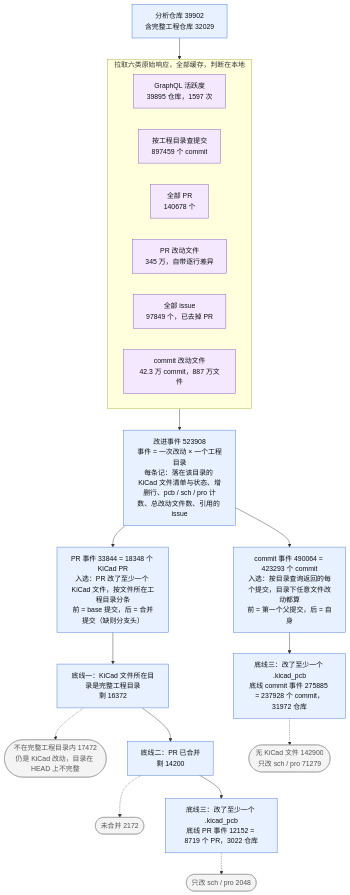
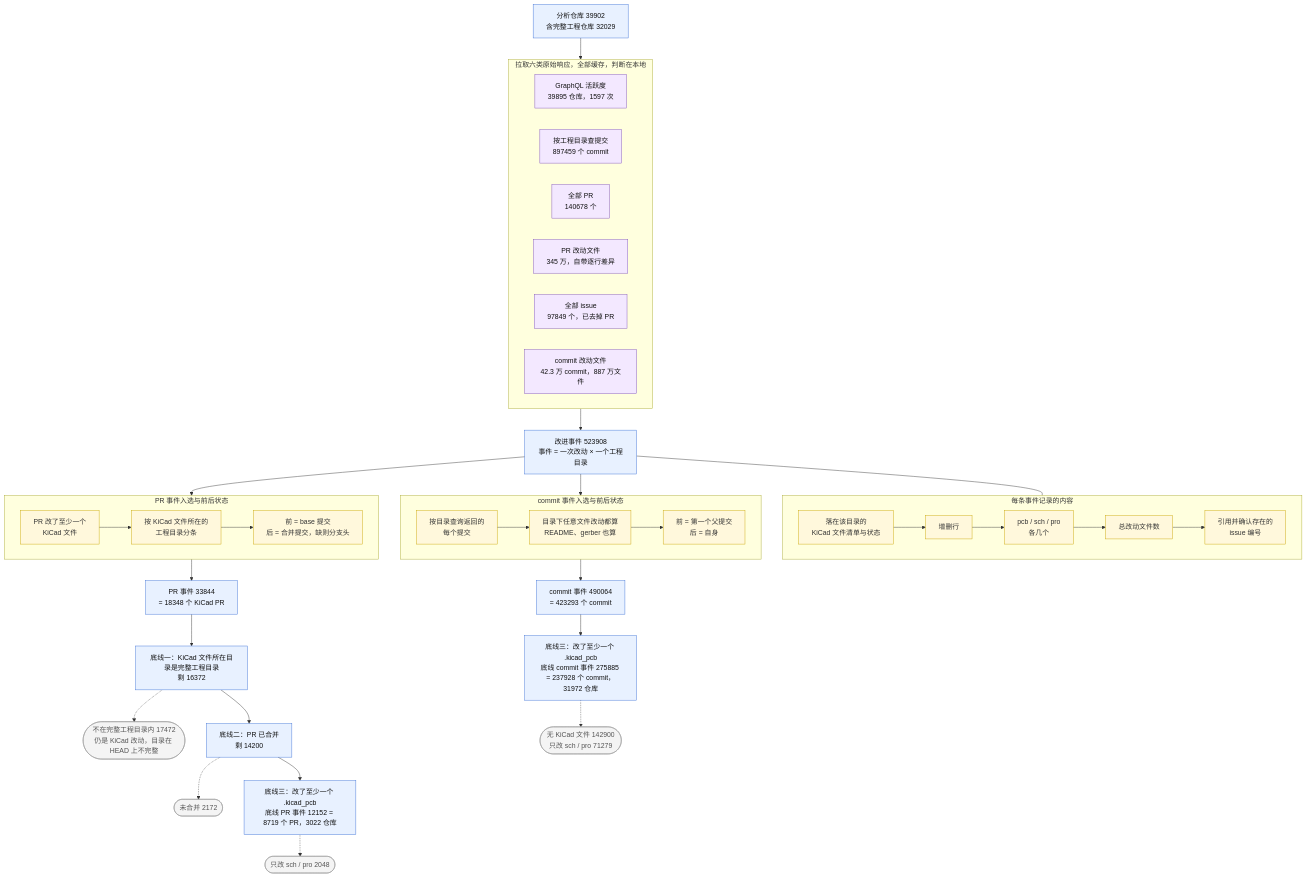
The third of 5 diagrams in reports/progress_report.md (Xiafyjck/github_kicad_project_scout), drawn with Mermaid before and after one commit. The commit also changed other lines of this file, not shown here.

Commit message:
reports: rule boxes laid out horizontally in figures 1 to 3

````diff
--- a/reports/progress_report.md
+++ b/reports/progress_report.md
@@ -167,32 +176,45 @@
 ```mermaid
 flowchart TB
     classDef exit fill:#f4f4f4,stroke:#999,color:#555
     classDef keep fill:#e8f1ff,stroke:#3b6fd6,color:#111
     classDef src fill:#f3e8ff,stroke:#7c4dbd,color:#111
     classDef rule fill:#fff8dc,stroke:#c9a400,color:#333
 
     Q[分析仓库 39902<br/>含完整工程仓库 32029]:::keep
     subgraph H[拉取六类原始响应，全部缓存，判断在本地]
         direction LR
         H0[GraphQL 活跃度<br/>39895 仓库，1597 次]:::src
         H1[按工程目录查提交<br/>897459 个 commit]:::src
         H2[全部 PR<br/>140678 个]:::src
         H3[PR 改动文件<br/>345 万，自带逐行差异]:::src
         H4[全部 issue<br/>97849 个，已去掉 PR]:::src
         H5[commit 改动文件<br/>42.3 万 commit，887 万文件]:::src
     end
     Q --> H
-    H --> E[改进事件 523908<br/>事件 = 一次改动 × 一个工程目录<br/>每条记：落在该目录的 KiCad 文件清单与状态、增删行、pcb / sch / pro 计数、总改动文件数、引用的 issue]:::keep
-    E --> P[PR 事件 33844 = 18348 个 KiCad PR<br/>入选：PR 改了至少一个 KiCad 文件，按文件所在工程目录分条<br/>前 = base 提交，后 = 合并提交（缺则分支头）]:::keep
-    E --> M[commit 事件 490064 = 423293 个 commit<br/>入选：按目录查询返回的每个提交，目录下任意文件改动都算<br/>前 = 第一个父提交，后 = 自身]:::keep
+    H --> E[改进事件 523908<br/>事件 = 一次改动 × 一个工程目录]:::keep
+    subgraph D[每条事件记录的内容]
+        direction LR
+        D1[落在该目录的<br/>KiCad 文件清单与状态]:::rule --> D2[增删行]:::rule --> D3[pcb / sch / pro<br/>各几个]:::rule --> D4[总改动文件数]:::rule --> D5[引用并确认存在的<br/>issue 编号]:::rule
+    end
+    E --- D
+    subgraph PR[PR 事件入选与前后状态]
+        direction LR
+        PR1[PR 改了至少一个<br/>KiCad 文件]:::rule --> PR2[按 KiCad 文件所在的<br/>工程目录分条]:::rule --> PR3[前 = base 提交<br/>后 = 合并提交，缺则分支头]:::rule
+    end
+    subgraph CM[commit 事件入选与前后状态]
+        direction LR
+        CM1[按目录查询返回的<br/>每个提交]:::rule --> CM2[目录下任意文件改动都算<br/>README、gerber 也算]:::rule --> CM3[前 = 第一个父提交<br/>后 = 自身]:::rule
+    end
+    E --> PR --> P[PR 事件 33844<br/>= 18348 个 KiCad PR]:::keep
+    E --> CM --> M[commit 事件 490064<br/>= 423293 个 commit]:::keep
 
     P --> P1[底线一：KiCad 文件所在目录是完整工程目录<br/>剩 16372]:::keep
     P1 -.-> PX1([不在完整工程目录内 17472<br/>仍是 KiCad 改动，目录在 HEAD 上不完整]):::exit
     P1 --> P2[底线二：PR 已合并<br/>剩 14200]:::keep
     P2 -.-> PX2([未合并 2172]):::exit
     P2 --> P3[底线三：改了至少一个 .kicad_pcb<br/>底线 PR 事件 12152 = 8719 个 PR，3022 仓库]:::keep
     P3 -.-> PX3([只改 sch / pro 2048]):::exit
 
     M --> M3[底线三：改了至少一个 .kicad_pcb<br/>底线 commit 事件 275885 = 237928 个 commit，31972 仓库]:::keep
     M3 -.-> MX3([无 KiCad 文件 142900<br/>只改 sch / pro 71279]):::exit
 ```
````
